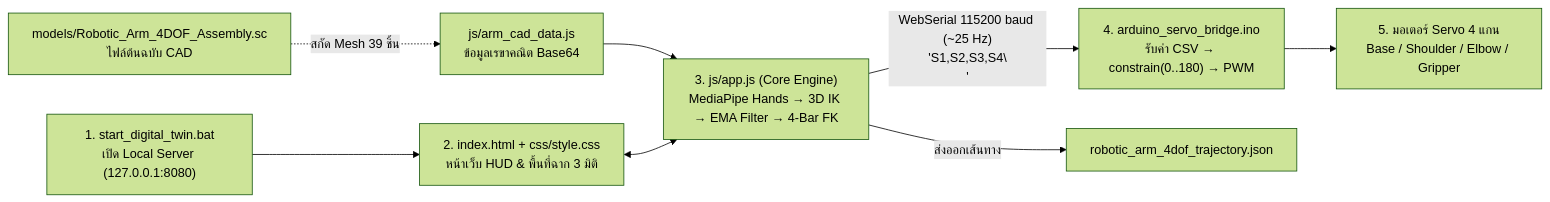
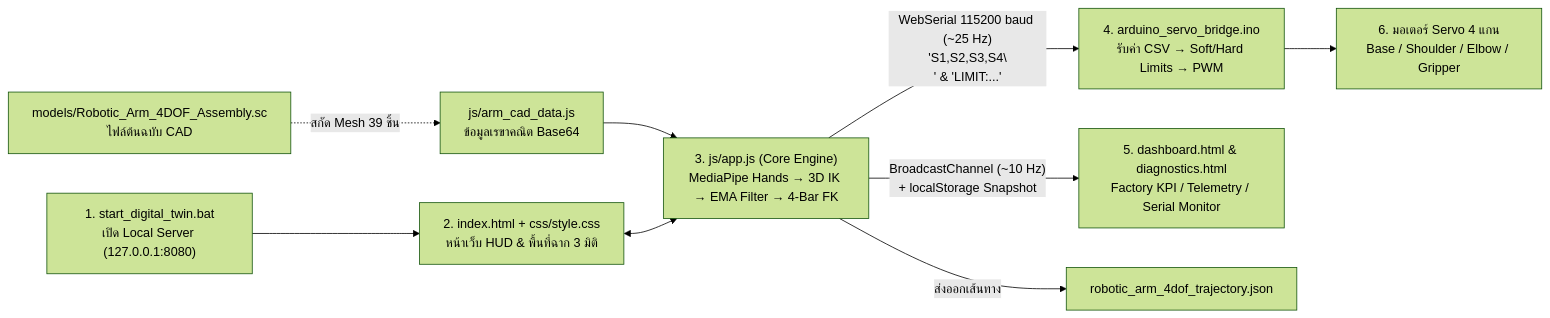
Before and after one commit to Pongsakorn-yarn/Group01_Project: the diagram in README.md, drawn with Mermaid (forest theme). The commit also changed other lines of this file and 6 other files, not shown here.

````diff
--- a/README.md
+++ b/README.md
@@ -12,10 +12,11 @@
 ```mermaid
 flowchart LR
     A["1. start_digital_twin.bat<br/>เปิด Local Server (127.0.0.1:8080)"] --> B["2. index.html + css/style.css<br/>หน้าเว็บ HUD & พื้นที่ฉาก 3 มิติ"]
     C["models/Robotic_Arm_4DOF_Assembly.sc<br/>ไฟล์ต้นฉบับ CAD"] -. สกัด Mesh 39 ชิ้น .-> D["js/arm_cad_data.js<br/>ข้อมูลเรขาคณิต Base64"]
     D --> E["3. js/app.js (Core Engine)<br/>MediaPipe Hands → 3D IK → EMA Filter → 4-Bar FK"]
     B <--> E
-    E -- "WebSerial 115200 baud (~25 Hz)<br/>'S1,S2,S3,S4\\n'" --> F["4. arduino_servo_bridge.ino<br/>รับค่า CSV → constrain(0..180) → PWM"]
-    F --> G["5. มอเตอร์ Servo 4 แกน<br/>Base / Shoulder / Elbow / Gripper"]
+    E -- "WebSerial 115200 baud (~25 Hz)<br/>'S1,S2,S3,S4\\n' & 'LIMIT:...'" --> F["4. arduino_servo_bridge.ino<br/>รับค่า CSV → Soft/Hard Limits → PWM"]
+    E -- "BroadcastChannel (~10 Hz)<br/>+ localStorage Snapshot" --> I["5. dashboard.html & diagnostics.html<br/>Factory KPI / Telemetry / Serial Monitor"]
+    F --> G["6. มอเตอร์ Servo 4 แกน<br/>Base / Shoulder / Elbow / Gripper"]
     E -- "ส่งออกเส้นทาง" --> H["robotic_arm_4dof_trajectory.json"]
 ```
````
